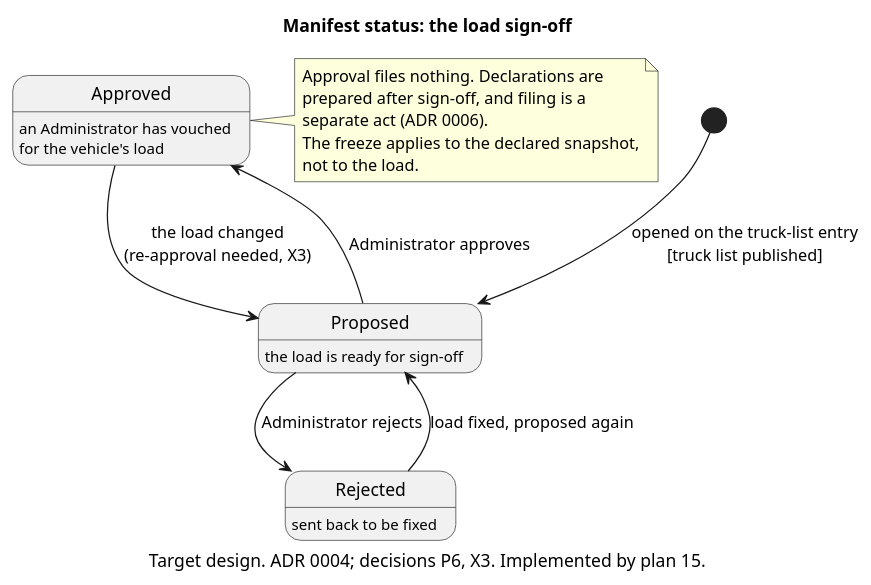
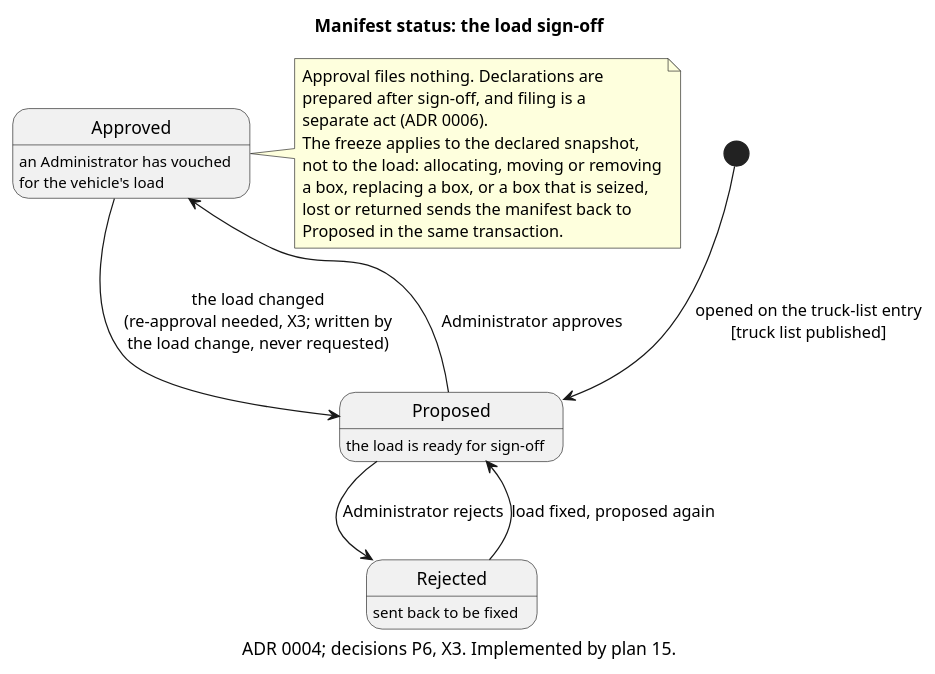
Before and after one commit to TheLastColonial/UA.Action.Freedom: the diagram in docs/manifest-status.puml, drawn with PlantUML. The commit also changed 83 other files, not shown here.

Commit message:
15: Manifest becomes the load sign-off (#68)

```diff
--- a/docs/manifest-status.puml
+++ b/docs/manifest-status.puml
@@ -1,33 +1,34 @@
 @startuml Manifest Status
 
-' TARGET DESIGN (ADR 0004, decisions P6 and X3).
+' ADR 0004, decisions P6 and X3. As built (plan 15).
 ' The manifest is the Administrator's sign-off of one vehicle's load, plus the document pack generated
-' from the load and its declarations. Cargo, ferry, declarations and delivery state have moved elsewhere:
+' from the load and its declarations. Cargo, ferry, declarations and delivery state live elsewhere:
 ' see docs/states/ for the box, convoy, truck-list entry and declaration lifecycles.
 '
-' The code still implements the earlier ten-state model (Created, Proposed, Rejected, Confirmed,
-' Preparing, Ready, InTransit, Delivered, Lost, Returned) until docs/plans/15-manifest-signoff-lifecycle.md
-' merges. That version of this file is in git history at commit f659eed.
+' The earlier ten-state model (Created ... Returned) is in git history at commit f659eed.
 
 title Manifest status: the load sign-off
-caption Target design. ADR 0004; decisions P6, X3. Implemented by plan 15.
+caption ADR 0004; decisions P6, X3. Implemented by plan 15.
 
 state "Proposed" as Proposed : the load is ready for sign-off
 state "Approved" as Approved : an Administrator has vouched\nfor the vehicle's load
 state "Rejected" as Rejected : sent back to be fixed
 
 [*] --> Proposed : opened on the truck-list entry\n[truck list published]
 Proposed --> Approved : Administrator approves
 Proposed --> Rejected : Administrator rejects
 Rejected --> Proposed : load fixed, proposed again
-Approved --> Proposed : the load changed\n(re-approval needed, X3)
+Approved --> Proposed : the load changed\n(re-approval needed, X3; written by\nthe load change, never requested)
 
 note right of Approved
   Approval files nothing. Declarations are
   prepared after sign-off, and filing is a
   separate act (ADR 0006).
   The freeze applies to the declared snapshot,
-  not to the load.
+  not to the load: allocating, moving or removing
+  a box, replacing a box, or a box that is seized,
+  lost or returned sends the manifest back to
+  Proposed in the same transaction.
 end note
 
 @enduml
```
